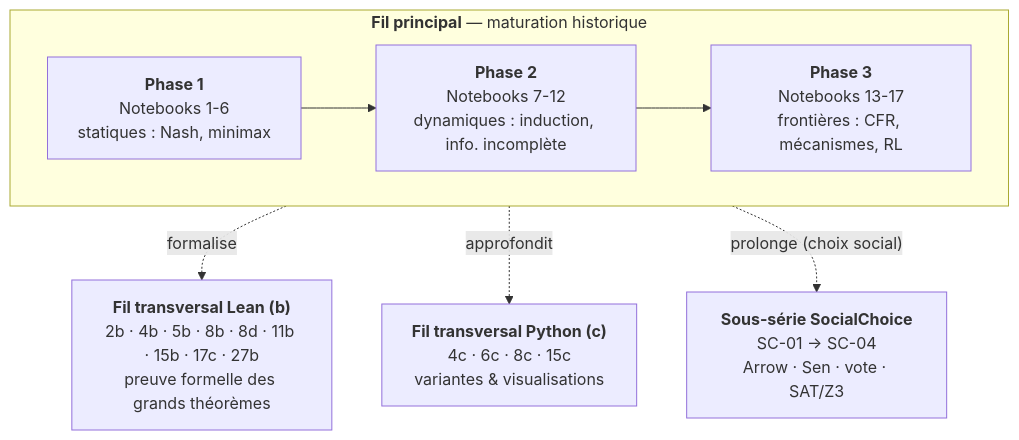
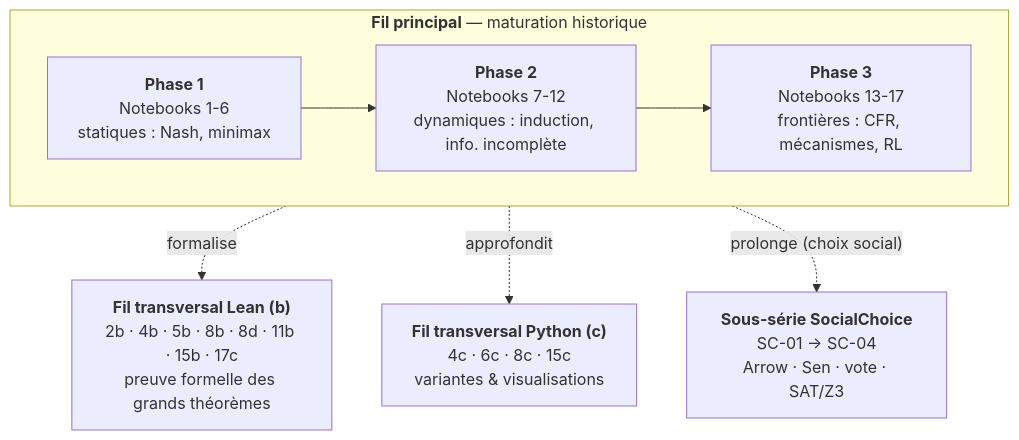
One commit to jsboige/CoursIA changed the first of 2 diagrams in MyIA.AI.Notebooks/GameTheory/README.md. Above: the diagram before and after it, drawn with Mermaid. The commit also changed other lines of this file and 144 other files, not shown here.

````diff
--- a/MyIA.AI.Notebooks/GameTheory/README.md
+++ b/MyIA.AI.Notebooks/GameTheory/README.md
@@ -190,16 +190,16 @@
 ```mermaid
 flowchart TD
     subgraph FIL["<b>Fil principal</b> — maturation historique"]
         direction LR
         P1["<b>Phase 1</b><br/>Notebooks 1-6<br/>statiques : Nash, minimax"]
         P2["<b>Phase 2</b><br/>Notebooks 7-12<br/>dynamiques : induction, info. incomplète"]
         P3["<b>Phase 3</b><br/>Notebooks 13-17<br/>frontières : CFR, mécanismes, RL"]
         P1 --> P2 --> P3
     end
-    LEAN["<b>Fil transversal Lean (b)</b><br/>2b · 4b · 5b · 8b · 8d · 11b · 15b · 17c · 27b<br/>preuve formelle des grands théorèmes"]
+    LEAN["<b>Fil transversal Lean (b)</b><br/>2b · 4b · 5b · 8b · 8d · 11b · 15b · 17c<br/>preuve formelle des grands théorèmes"]
     PYC["<b>Fil transversal Python (c)</b><br/>4c · 6c · 8c · 15c<br/>variantes &amp; visualisations"]
     SC["<b>Sous-série SocialChoice</b><br/>SC-01 → SC-04<br/>Arrow · Sen · vote · SAT/Z3"]
     FIL -.->|"formalise"| LEAN
     FIL -.->|"approfondit"| PYC
     FIL -.->|"prolonge (choix social)"| SC
 ```
````
